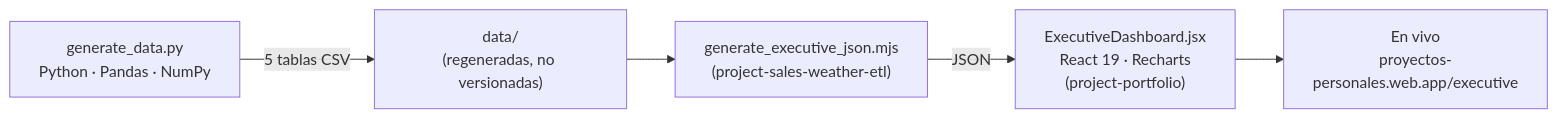
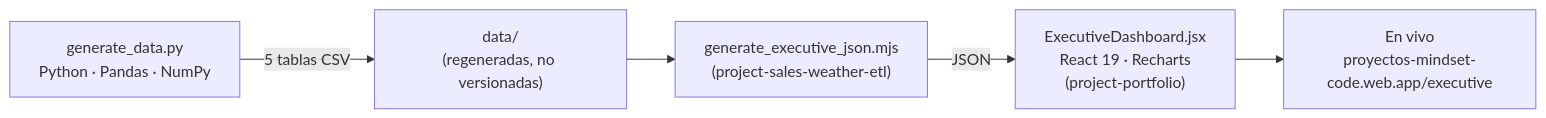
Before and after one commit to Guillermo1987/project-executive-dashboard-data: the second of 2 diagrams in README.md, drawn with Mermaid. The commit also changed other lines of this file, not shown here.

````diff
--- a/README.md
+++ b/README.md
@@ -283,7 +283,7 @@
 ```mermaid
 flowchart LR
     A["generate_data.py<br/>Python · Pandas · NumPy"] -->|"5 tablas CSV"| B["data/<br/>(regeneradas, no versionadas)"]
     B --> C["generate_executive_json.mjs<br/>(project-sales-weather-etl)"]
     C -->|"JSON"| D["ExecutiveDashboard.jsx<br/>React 19 · Recharts<br/>(project-portfolio)"]
-    D --> E["En vivo<br/>proyectos-personales.web.app/executive"]
+    D --> E["En vivo<br/>proyectos-mindset-code.web.app/executive"]
 ```
````
